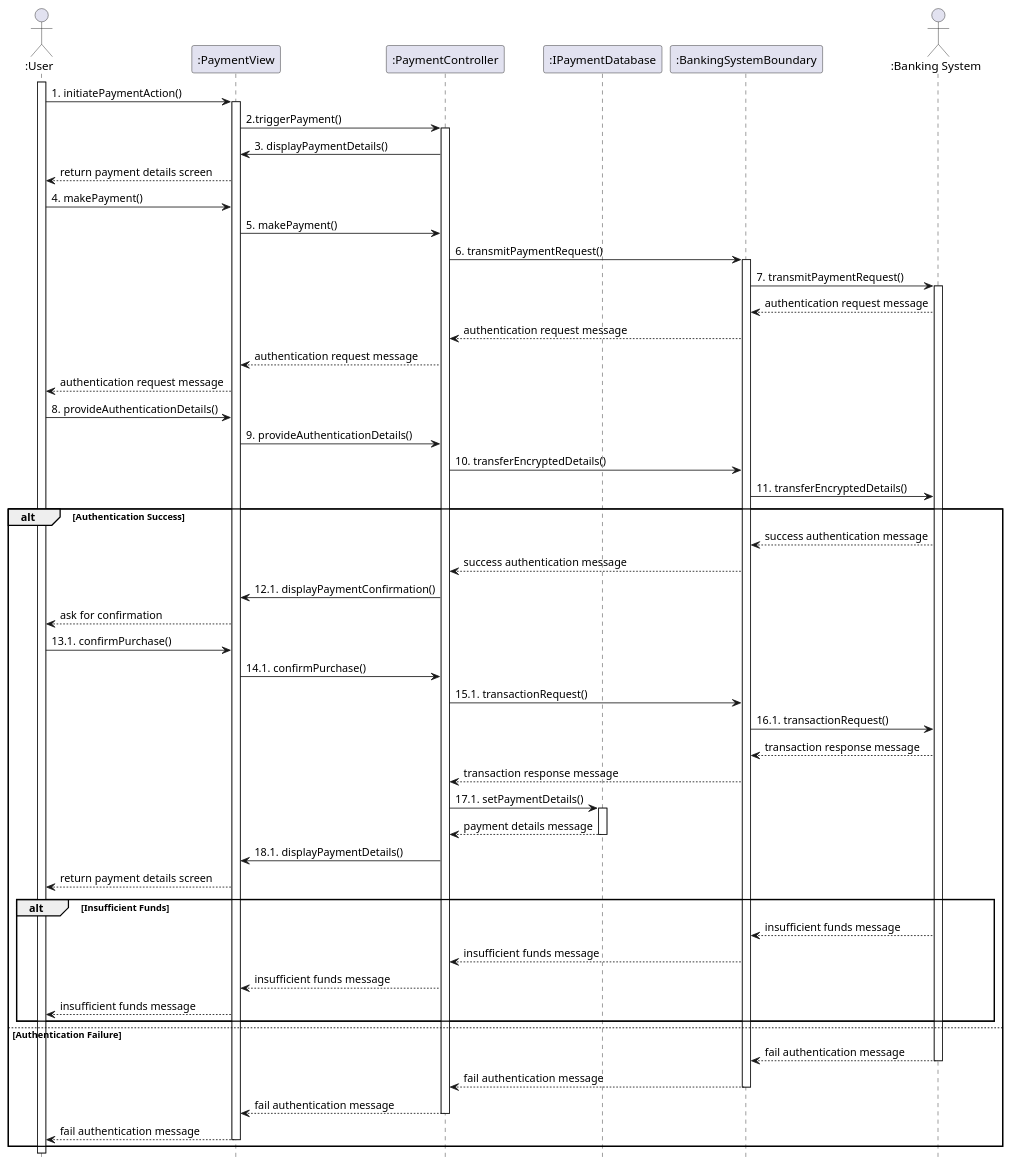
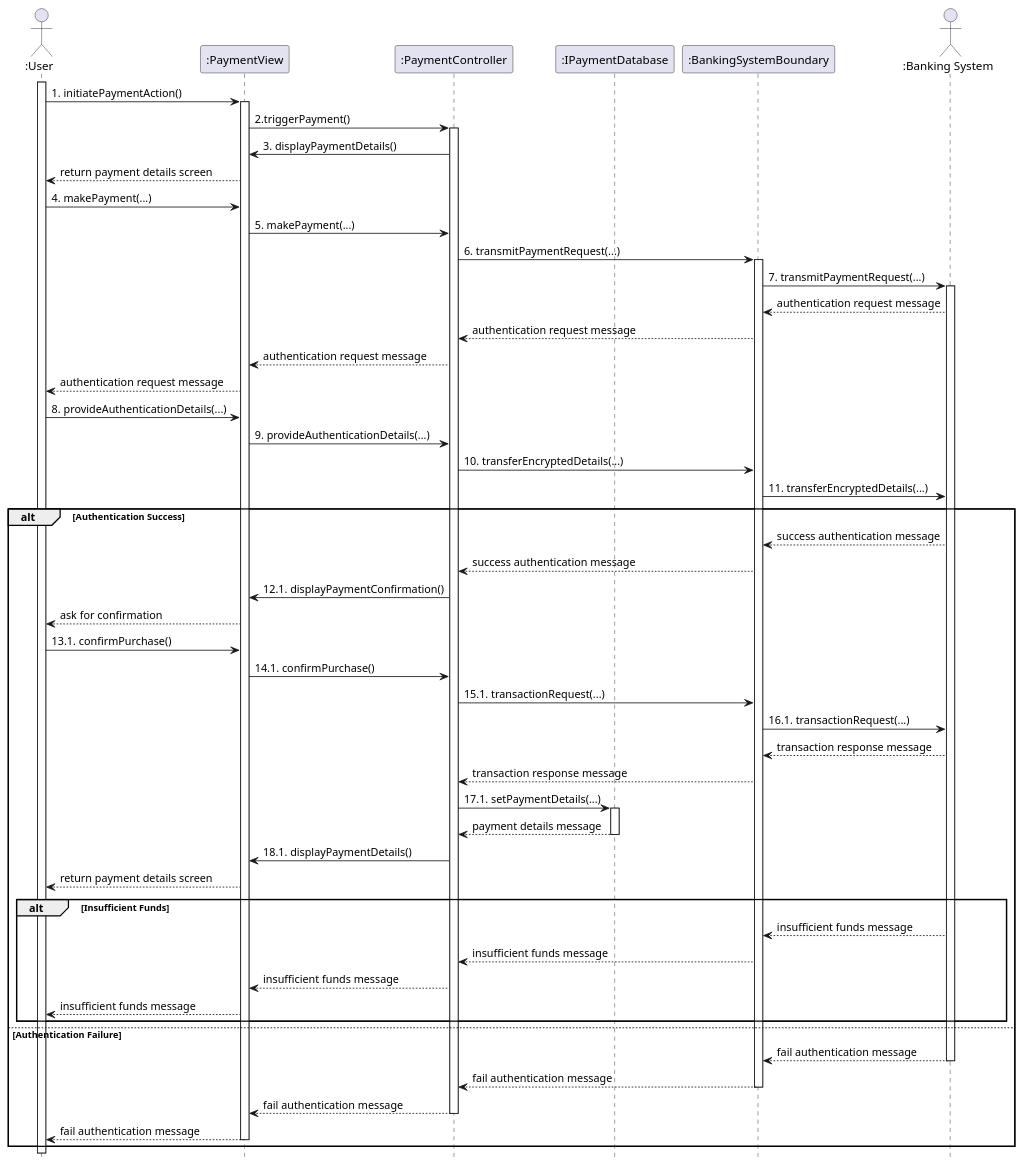
The diagram in uml/design/sequence/linh/make_payment.pu (anhbanlinhle/velocity-exchange), drawn with PlantUML before and after one commit.

Commit message:
doc[lynn]: design sequence no. 8

```diff
--- a/uml/design/sequence/linh/make_payment.pu
+++ b/uml/design/sequence/linh/make_payment.pu
@@ -1,92 +1,92 @@
 @startuml UC_8
 hide footbox
 
 actor ":User" as User
 participant ":PaymentView" as PaymentView
 participant ":PaymentController" as PaymentController
 participant ":IPaymentDatabase" as Payment
 participant  ":BankingSystemBoundary" as BankingSystemBoundary
 actor ":Banking System" as BankingSystem
 
 User ++
   User -> PaymentView: 1. initiatePaymentAction()
   PaymentView ++
     PaymentView -> PaymentController: 2.triggerPayment()
     PaymentController ++
       PaymentController -> PaymentView: 3. displayPaymentDetails()
       PaymentView --> User: return payment details screen
 
   
-  User -> PaymentView: 4. makePayment()
-    PaymentView -> PaymentController: 5. makePayment()
-      PaymentController ->  BankingSystemBoundary: 6. transmitPaymentRequest()
+  User -> PaymentView: 4. makePayment(...)
+    PaymentView -> PaymentController: 5. makePayment(...)
+      PaymentController ->  BankingSystemBoundary: 6. transmitPaymentRequest(...)
       BankingSystemBoundary ++
-        BankingSystemBoundary -> BankingSystem: 7. transmitPaymentRequest()
+        BankingSystemBoundary -> BankingSystem: 7. transmitPaymentRequest(...)
         BankingSystem ++
           BankingSystem -->  BankingSystemBoundary: authentication request message
 
         BankingSystemBoundary --> PaymentController: authentication request message
       PaymentController --> PaymentView: authentication request message
     PaymentView --> User: authentication request message
-  User -> PaymentView: 8. provideAuthenticationDetails()
-    PaymentView -> PaymentController: 9. provideAuthenticationDetails()
-      PaymentController ->  BankingSystemBoundary: 10. transferEncryptedDetails()
-        BankingSystemBoundary -> BankingSystem: 11. transferEncryptedDetails()
+  User -> PaymentView: 8. provideAuthenticationDetails(...)
+    PaymentView -> PaymentController: 9. provideAuthenticationDetails(...)
+      PaymentController ->  BankingSystemBoundary: 10. transferEncryptedDetails(...)
+        BankingSystemBoundary -> BankingSystem: 11. transferEncryptedDetails(...)
 
 alt Authentication Success
     BankingSystem -->  BankingSystemBoundary: success authentication message
     
       BankingSystemBoundary --> PaymentController: success authentication message
       
         PaymentController -> PaymentView: 12.1. displayPaymentConfirmation()
         
           PaymentView --> User: ask for confirmation
 
 
         User -> PaymentView: 13.1. confirmPurchase()
         
           PaymentView -> PaymentController: 14.1. confirmPurchase()
           
-            PaymentController ->  BankingSystemBoundary: 15.1. transactionRequest()
+            PaymentController ->  BankingSystemBoundary: 15.1. transactionRequest(...)
             
-              BankingSystemBoundary -> BankingSystem: 16.1. transactionRequest()
+              BankingSystemBoundary -> BankingSystem: 16.1. transactionRequest(...)
               
                 BankingSystem -->  BankingSystemBoundary: transaction response message
                 
               BankingSystemBoundary --> PaymentController: transaction response message
               
-            PaymentController -> Payment: 17.1. setPaymentDetails()
+            PaymentController -> Payment: 17.1. setPaymentDetails(...)
             
             Payment ++
               Payment --> PaymentController: payment details message
               
             Payment --
             PaymentController -> PaymentView: 18.1. displayPaymentDetails()
             PaymentView --> User: return payment details screen
           
 
     alt Insufficient Funds
       BankingSystem -->  BankingSystemBoundary: insufficient funds message
       
         BankingSystemBoundary --> PaymentController: insufficient funds message
         
           PaymentController --> PaymentView: insufficient funds message
           
             PaymentView --> User: insufficient funds message
             
     end
 
 else Authentication Failure
   BankingSystem -->  BankingSystemBoundary: fail authentication message
       BankingSystem --
       BankingSystemBoundary --> PaymentController: fail authentication message
       BankingSystemBoundary --
         PaymentController --> PaymentView: fail authentication message
         PaymentController --
           PaymentView --> User: fail authentication message
           
         deactivate PaymentView
       deactivate PaymentController
 end
 
 @enduml
```
